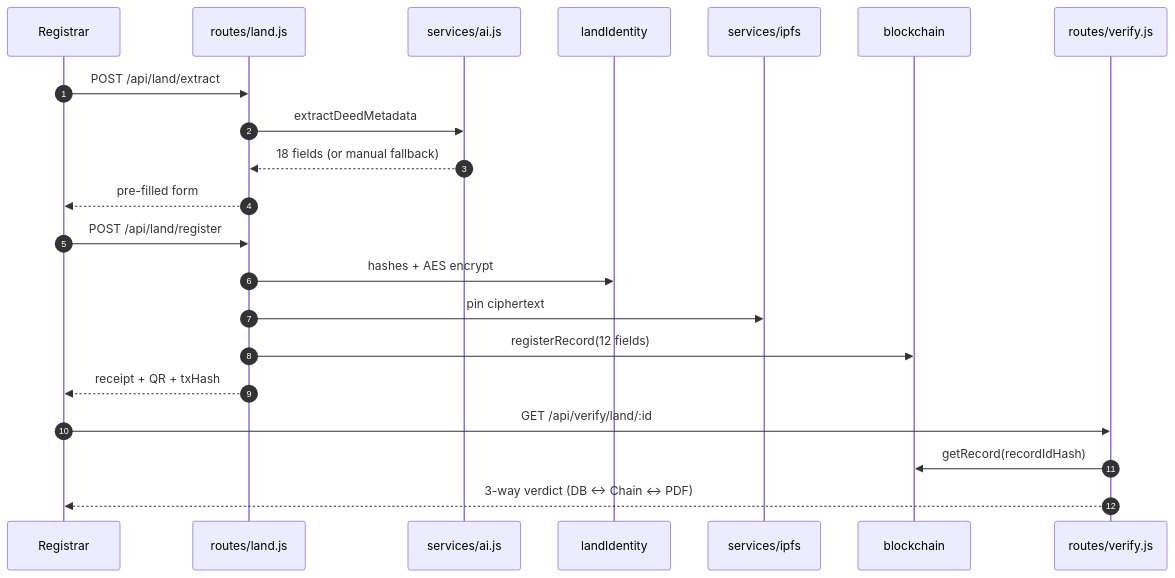
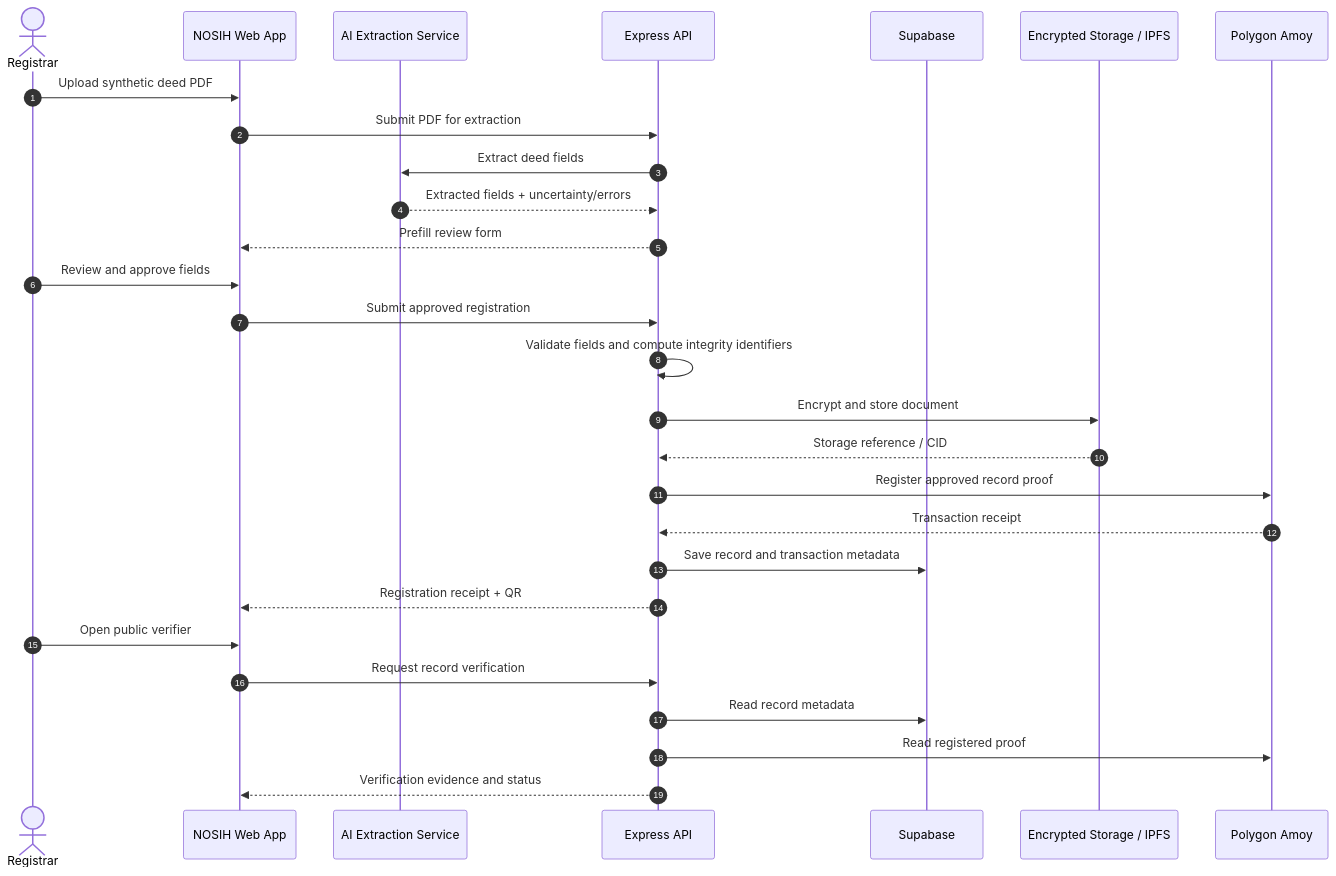
The fourth of 9 diagrams in plan/IMPLEMENTATION_STRATEGY.md (rmn2178/NOSIH-secure), drawn with Mermaid before and after one commit. The commit also changed other lines of this file, not shown here.

````diff
--- a/plan/IMPLEMENTATION_STRATEGY.md
+++ b/plan/IMPLEMENTATION_STRATEGY.md
@@ -113,26 +155,31 @@
 ```mermaid
 sequenceDiagram
     autonumber
-    participant U as Registrar
-    participant R as routes/land.js
-    participant AI as services/ai.js
-    participant LI as landIdentity
-    participant IPFS as services/ipfs
-    participant BC as blockchain
-    participant V as routes/verify.js
+    actor Registrar
+    participant UI as NOSIH Web App
+    participant AI as AI Extraction Service
+    participant API as Express API
+    participant DB as Supabase
+    participant Store as Encrypted Storage / IPFS
+    participant Chain as Polygon Amoy
 
-    U->>R: POST /api/land/extract
-    R->>AI: extractDeedMetadata
-    AI-->>R: 18 fields (or manual fallback)
-    R-->>U: pre-filled form
-
-    U->>R: POST /api/land/register
-    R->>LI: hashes + AES encrypt
-    R->>IPFS: pin ciphertext
-    R->>BC: registerRecord(12 fields)
-    R-->>U: receipt + QR + txHash
-
-    U->>V: GET /api/verify/land/:id
-    V->>BC: getRecord(recordIdHash)
-    V-->>U: 3-way verdict (DB ↔ Chain ↔ PDF)
+    Registrar->>UI: Upload synthetic deed PDF
+    UI->>API: Submit PDF for extraction
+    API->>AI: Extract deed fields
+    AI-->>API: Extracted fields + uncertainty/errors
+    API-->>UI: Prefill review form
+    Registrar->>UI: Review and approve fields
+    UI->>API: Submit approved registration
+    API->>API: Validate fields and compute integrity identifiers
+    API->>Store: Encrypt and store document
+    Store-->>API: Storage reference / CID
+    API->>Chain: Register approved record proof
+    Chain-->>API: Transaction receipt
+    API->>DB: Save record and transaction metadata
+    API-->>UI: Registration receipt + QR
+    Registrar->>UI: Open public verifier
+    UI->>API: Request record verification
+    API->>DB: Read record metadata
+    API->>Chain: Read registered proof
+    API-->>UI: Verification evidence and status
 ```
````
